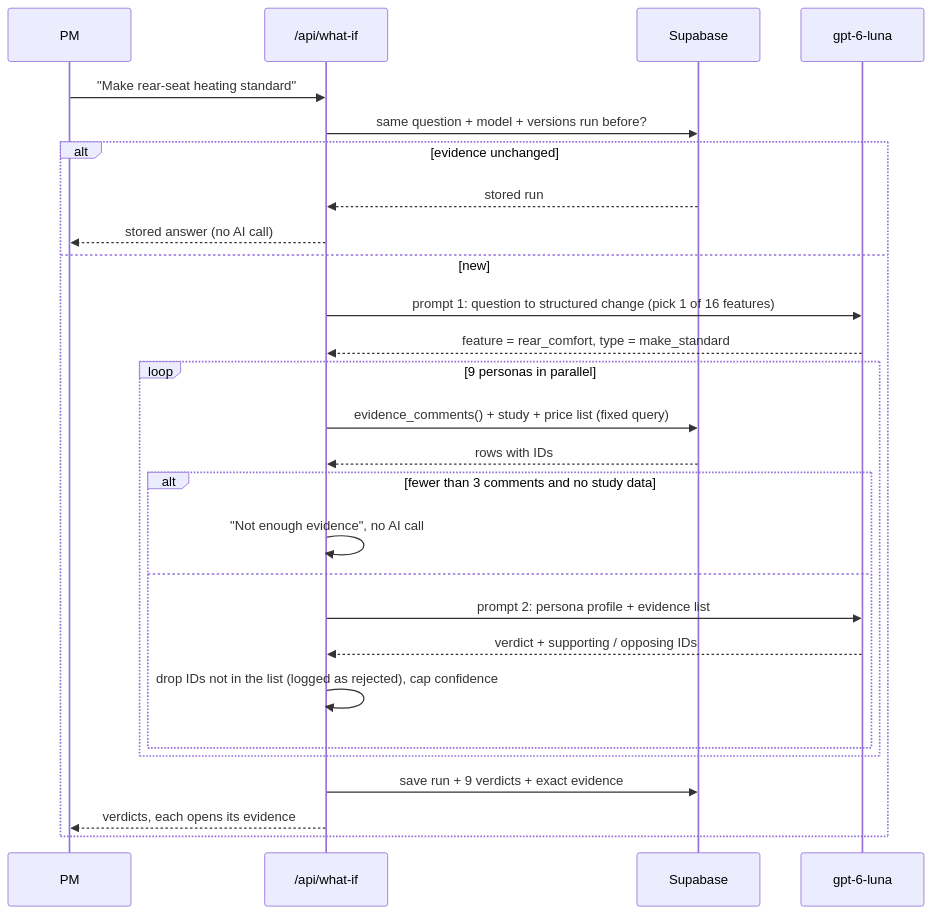
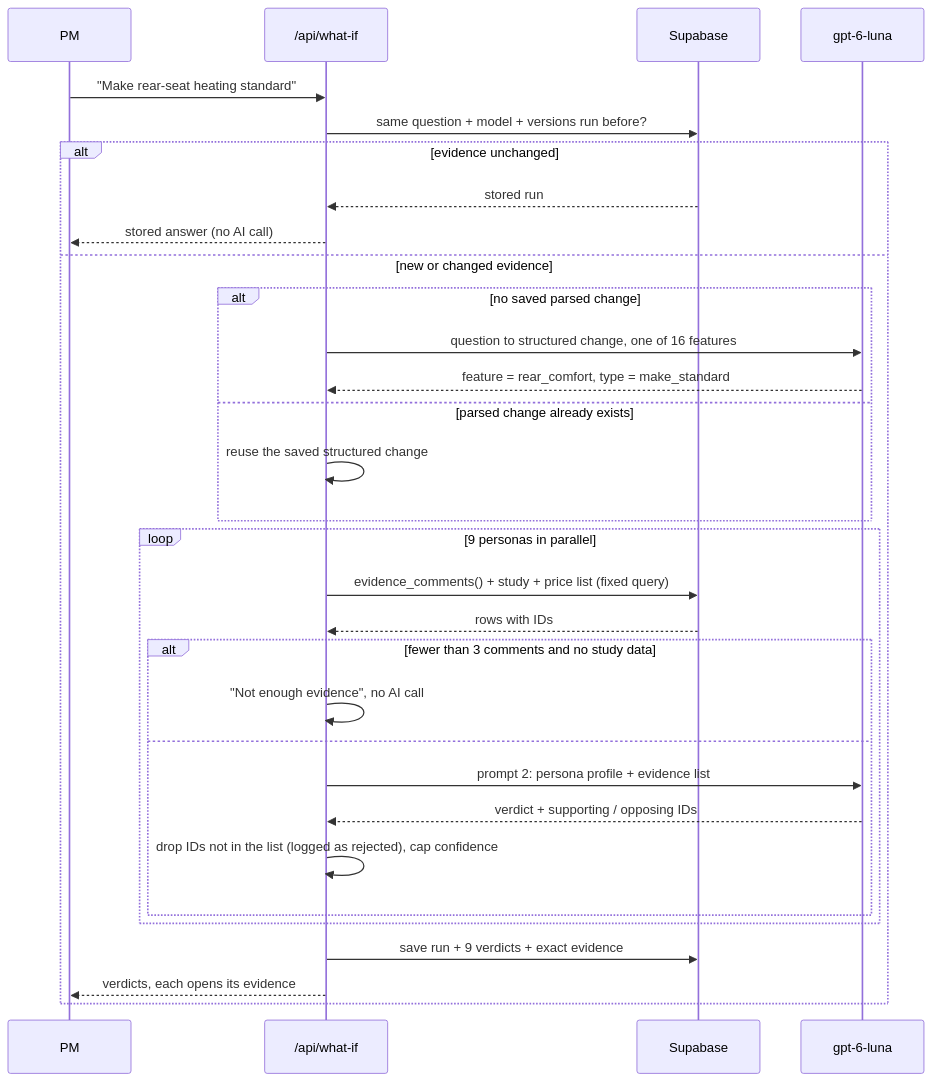
The third of 5 diagrams in ARCHITECTURE.md (abhinxx/bmw-backseat), drawn with Mermaid before and after one commit. The commit also changed other lines of this file and 1 other file, not shown here.

Commit message:
docs: guide the live workspace and document its architecture and environment

````diff
--- a/ARCHITECTURE.md
+++ b/ARCHITECTURE.md
@@ -52,29 +73,33 @@
 ```mermaid
 sequenceDiagram
   participant PM
   participant API as /api/what-if
   participant DB as Supabase
   participant AI as gpt-6-luna
   PM->>API: "Make rear-seat heating standard"
   API->>DB: same question + model + versions run before?
   alt evidence unchanged
     DB-->>API: stored run
     API-->>PM: stored answer (no AI call)
-  else new
-    API->>AI: prompt 1: question to structured change (pick 1 of 16 features)
-    AI-->>API: feature = rear_comfort, type = make_standard
+  else new or changed evidence
+    alt no saved parsed change
+      API->>AI: question to structured change, one of 16 features
+      AI-->>API: feature = rear_comfort, type = make_standard
+    else parsed change already exists
+      API->>API: reuse the saved structured change
+    end
     loop 9 personas in parallel
       API->>DB: evidence_comments() + study + price list (fixed query)
       DB-->>API: rows with IDs
       alt fewer than 3 comments and no study data
         API->>API: "Not enough evidence", no AI call
       else
         API->>AI: prompt 2: persona profile + evidence list
         AI-->>API: verdict + supporting / opposing IDs
         API->>API: drop IDs not in the list (logged as rejected), cap confidence
       end
     end
     API->>DB: save run + 9 verdicts + exact evidence
     API-->>PM: verdicts, each opens its evidence
   end
 ```
````
